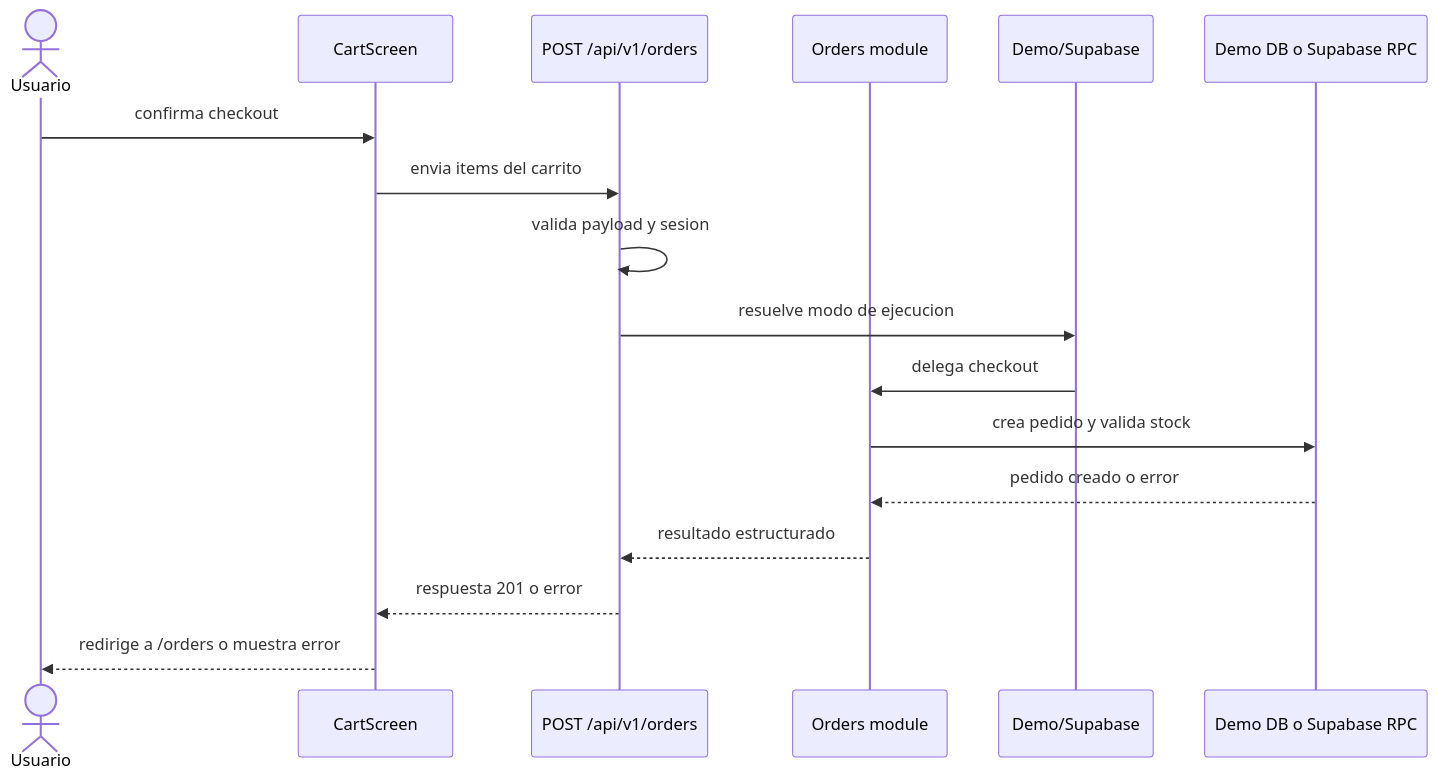
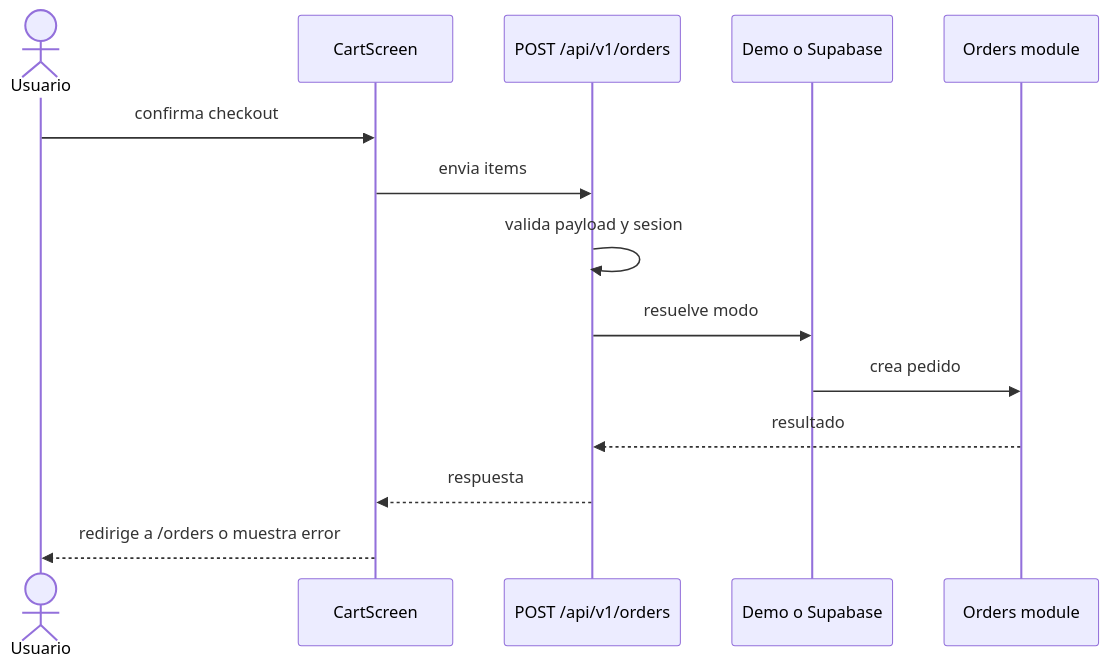
The fourth of 5 diagrams in README.md (Camiloruiiz/ploottest), drawn with Mermaid before and after one commit. The commit also changed other lines of this file and 5 other files, not shown here.

First line of the commit message:
feat: add README documentation for project setup and architecture

````diff
--- a/README.md
+++ b/README.md
@@ -600,20 +98,17 @@
 ```mermaid
 sequenceDiagram
     actor U as Usuario
     participant C as CartScreen
     participant API as POST /api/v1/orders
-    participant O as Orders module
-    participant MODE as Demo/Supabase
-    participant DATA as Demo DB o Supabase RPC
+    participant MODE as Demo o Supabase
+    participant ORD as Orders module
 
     U->>C: confirma checkout
-    C->>API: envia items del carrito
+    C->>API: envia items
     API->>API: valida payload y sesion
-    API->>MODE: resuelve modo de ejecucion
-    MODE->>O: delega checkout
-    O->>DATA: crea pedido y valida stock
-    DATA-->>O: pedido creado o error
-    O-->>API: resultado estructurado
-    API-->>C: respuesta 201 o error
+    API->>MODE: resuelve modo
+    MODE->>ORD: crea pedido
+    ORD-->>API: resultado
+    API-->>C: respuesta
     C-->>U: redirige a /orders o muestra error
 ```
````
